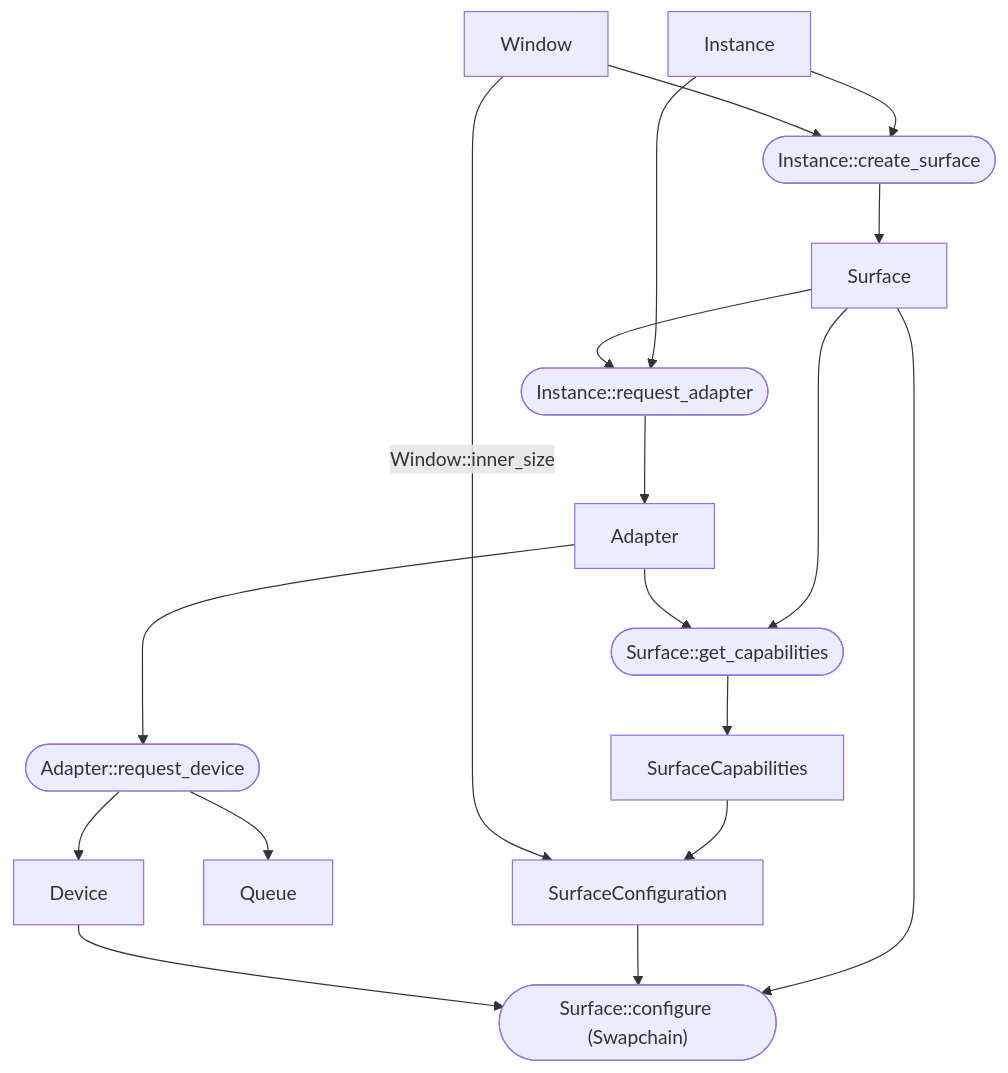
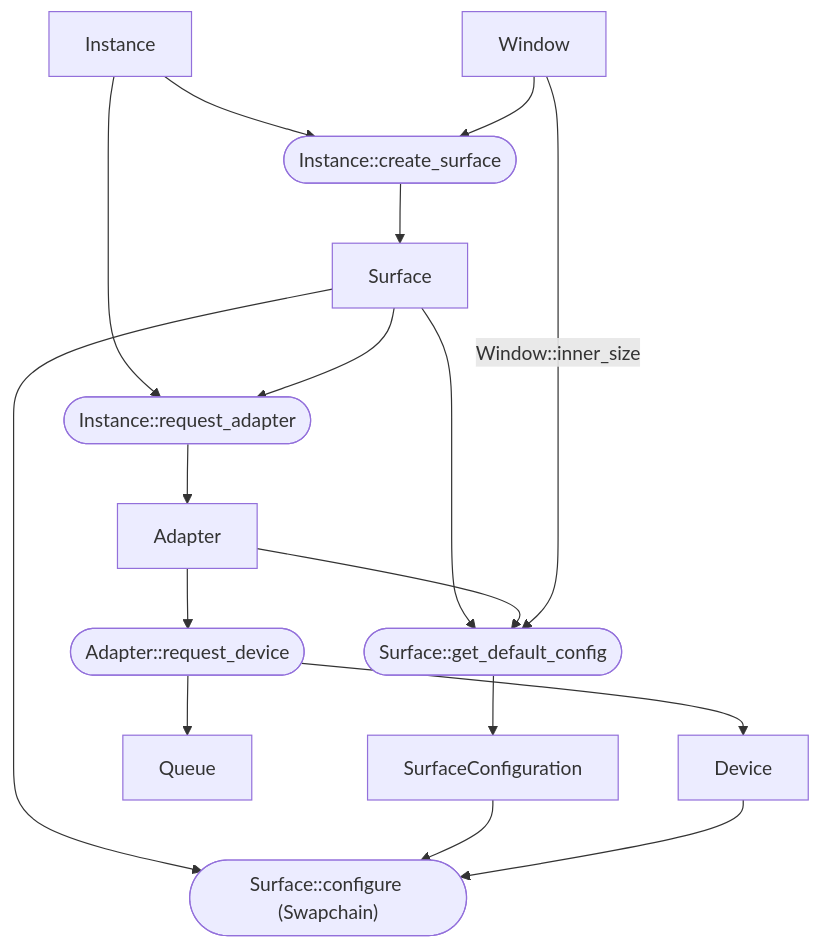
Before and after one commit to ShenMian/notes: the second of 2 diagrams in docs/计算机图形学/Wgpu.md, drawn with Mermaid. The commit also changed other lines of this file, not shown here.

````diff
--- a/docs/计算机图形学/Wgpu.md
+++ b/docs/计算机图形学/Wgpu.md
@@ -53,40 +55,37 @@
 ```mermaid
 flowchart TD
     I[Instance]
     W[Window]
     S[Surface]
     A[Adapter]
     D[Device]
     Q[Queue]
-    SCap[SurfaceCapabilities]
     SConf[SurfaceConfiguration]
 
     create_surface([Instance::create_surface])
     request_adapter([Instance::request_adapter])
     request_device([Adapter::request_device])
-    get_capabilities([Surface::get_capabilities])
+    get_default_config([Surface::get_default_config])
     surface_configure(["Surface::configure (Swapchain)"])
 
     I --> create_surface
     W --> create_surface
     create_surface --> S
 
     I --> request_adapter
     S --> request_adapter
     request_adapter --> A
 
     A --> request_device
     request_device --> D
     request_device --> Q
 
-    S --> get_capabilities
-    A --> get_capabilities
-    get_capabilities --> SCap
-
-    SCap --> SConf
-    W -->|Window::inner_size| SConf
+    S --> get_default_config
+    A --> get_default_config
+    W -->|Window::inner_size| get_default_config
+    get_default_config --> SConf
 
     S --> surface_configure
     SConf --> surface_configure
     D --> surface_configure
 ```
````
